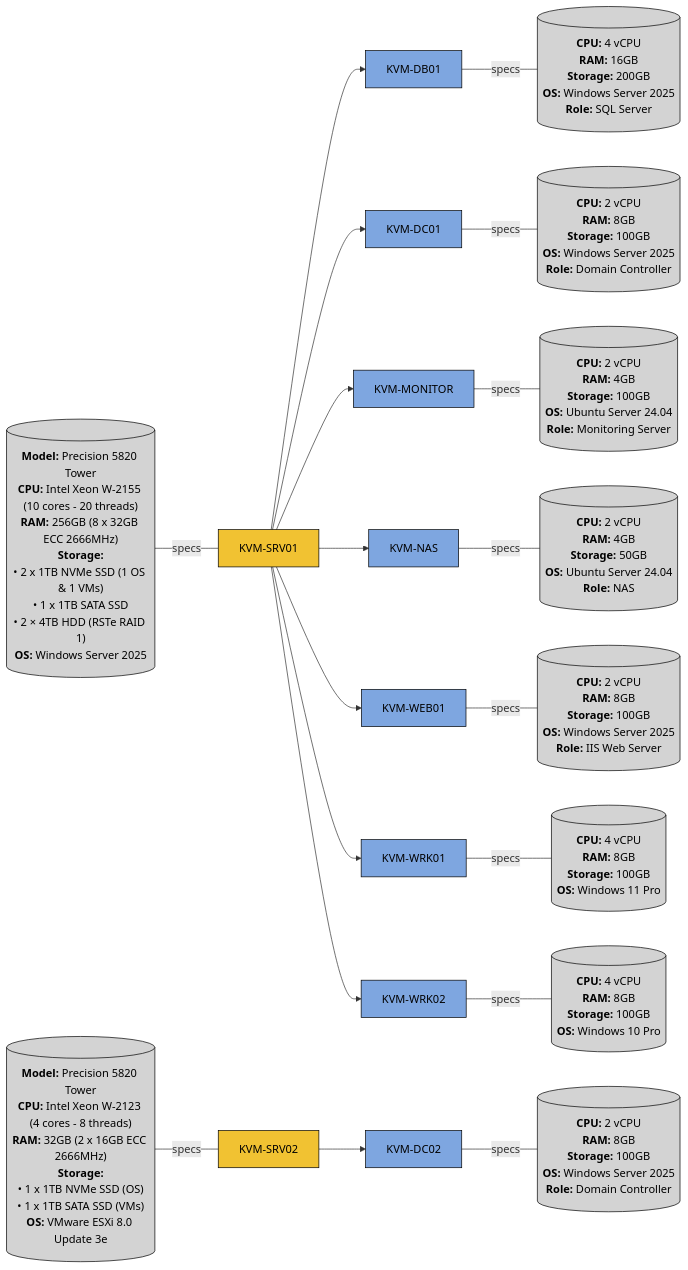
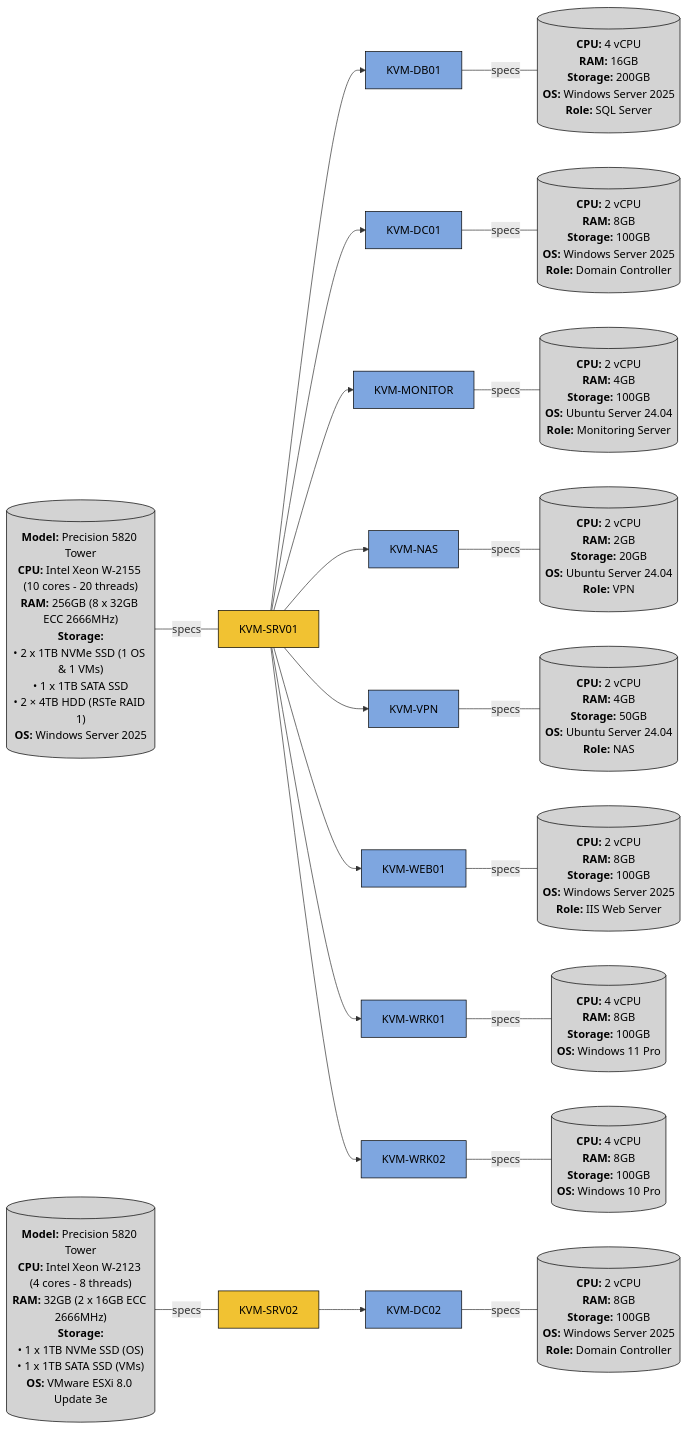
Before and after one commit to khangvum/homelab-ansible-config: the diagram in README.md, drawn with Mermaid. The commit also changed other lines of this file, not shown here.

Commit message:
Added KVM-VPN

````diff
--- a/README.md
+++ b/README.md
@@ -14,75 +14,80 @@
 ```mermaid
 flowchart LR
     %% 1. KVM-SRV01
     %% - Host
     SRV01_SPECS[("`**Model:** Precision 5820 Tower
         **CPU:** Intel Xeon W-2155 (10 cores - 20 threads)
         **RAM:** 256GB (8 x 32GB ECC 2666MHz)
         **Storage:**
         • 2 x 1TB NVMe SSD (1 OS & 1 VMs)
         • 1 x 1TB SATA SSD
         • 2 × 4TB HDD (RSTe RAID 1)
         **OS:** Windows Server 2025`")] -- specs --- SRV01[KVM-SRV01]
     
     %% - VMs
     SRV01 --> DB01[KVM-DB01] -- specs --- DB01_SPECS[("`**CPU:** 4 vCPU
                                                         **RAM:** 16GB
                                                         **Storage:** 200GB
                                                         **OS:** Windows Server 2025
                                                         **Role:** SQL Server`")]
     SRV01 --> DC01[KVM-DC01] -- specs --- DC01_SPECS[("`**CPU:** 2 vCPU
                                                         **RAM:** 8GB
                                                         **Storage:** 100GB
                                                         **OS:** Windows Server 2025
                                                         **Role:** Domain Controller`")]
     SRV01 --> MONITOR[KVM-MONITOR] -- specs --- MONITOR_SPECS[("`**CPU:** 2 vCPU
                                                                 **RAM:** 4GB
                                                                 **Storage:** 100GB
                                                                 **OS:** Ubuntu Server 24.04
                                                                 **Role:** Monitoring Server`")]
     SRV01 --> NAS[KVM-NAS] -- specs --- NAS_SPECS[("`**CPU:** 2 vCPU
+                                                    **RAM:** 2GB
+                                                    **Storage:** 20GB
+                                                    **OS:** Ubuntu Server 24.04
+                                                    **Role:** VPN`")]
+    SRV01 --> VPN[KVM-VPN] -- specs --- VPN_SPECS[("`**CPU:** 2 vCPU
                                                     **RAM:** 4GB
                                                     **Storage:** 50GB
                                                     **OS:** Ubuntu Server 24.04
                                                     **Role:** NAS`")]        
     SRV01 --> WEB01[KVM-WEB01] -- specs --- WEB01_SPECS[("`**CPU:** 2 vCPU
                                                             **RAM:** 8GB
                                                             **Storage:** 100GB
                                                             **OS:** Windows Server 2025
                                                             **Role:** IIS Web Server`")]
     SRV01 --> WRK01[KVM-WRK01] -- specs --- WRK01_SPECS[("`**CPU:** 4 vCPU
                                                             **RAM:** 8GB
                                                             **Storage:** 100GB
                                                             **OS:** Windows 11 Pro`")]
     SRV01 --> WRK02[KVM-WRK02] -- specs --- WRK02_SPECS[("`**CPU:** 4 vCPU
                                                             **RAM:** 8GB
                                                             **Storage:** 100GB
                                                             **OS:** Windows 10 Pro`")]
 
     
 
     %% 2. KVM-SRV02
     %% - Host
     SRV02_SPECS[("`**Model:** Precision 5820 Tower
         **CPU:** Intel Xeon W-2123 (4 cores - 8 threads)
         **RAM:** 32GB (2 x 16GB ECC 2666MHz)
         **Storage:**
         • 1 x 1TB NVMe SSD (OS)
         • 1 x 1TB SATA SSD (VMs)
         **OS:** VMware ESXi 8.0 Update 3e`")] -- specs --- SRV02[KVM-SRV02]
 
     %% - VMs
     SRV02 --> DC02[KVM-DC02] -- specs --- DC02_SPECS[("`**CPU:** 2 vCPU
                                                         **RAM:** 8GB
                                                         **Storage:** 100GB
                                                         **OS:** Windows Server 2025
                                                         **Role:** Domain Controller`")]
 
     %% Styling
     class SRV01,SRV02 hosts
     classDef hosts fill:#f1c232,stroke:#000,color:#000
-    class DB01,DC01,DC02,MONITOR,NAS,WEB01,WRK01,WRK02 vms
+    class DB01,DC01,DC02,MONITOR,NAS,VPN,WEB01,WRK01,WRK02 vms
     classDef vms fill:#7ea6e0,stroke:#000,color:#000
-    class SRV01_SPECS,SRV02_SPECS,DB01_SPECS,DC01_SPECS,DC02_SPECS,MONITOR_SPECS,NAS_SPECS,WEB01_SPECS,WRK01_SPECS,WRK02_SPECS specs
+    class SRV01_SPECS,SRV02_SPECS,DB01_SPECS,DC01_SPECS,DC02_SPECS,MONITOR_SPECS,NAS_SPECS,VPN_SPECS,WEB01_SPECS,WRK01_SPECS,WRK02_SPECS specs
     classDef specs fill:#d3d3d3,stroke:#000,color:#000
 ```
````
